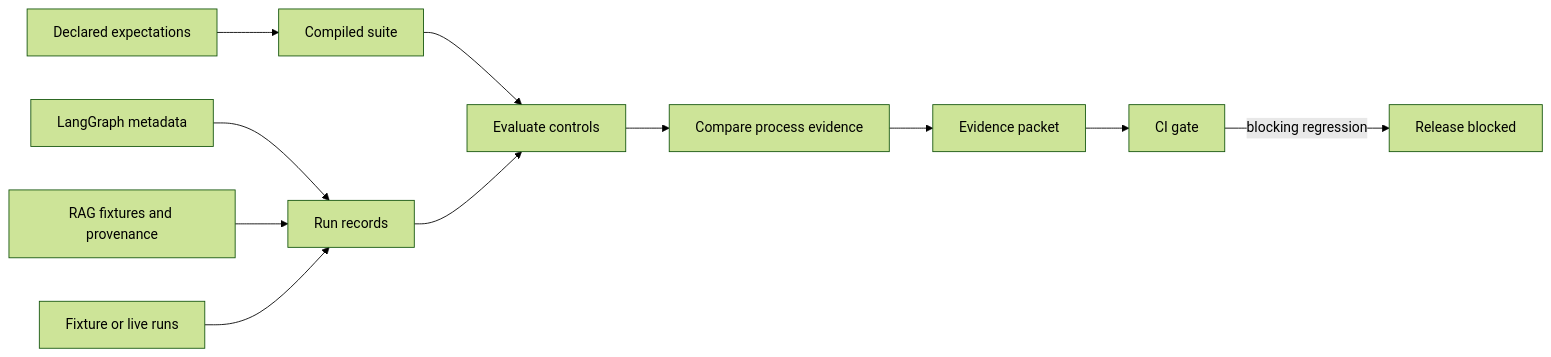
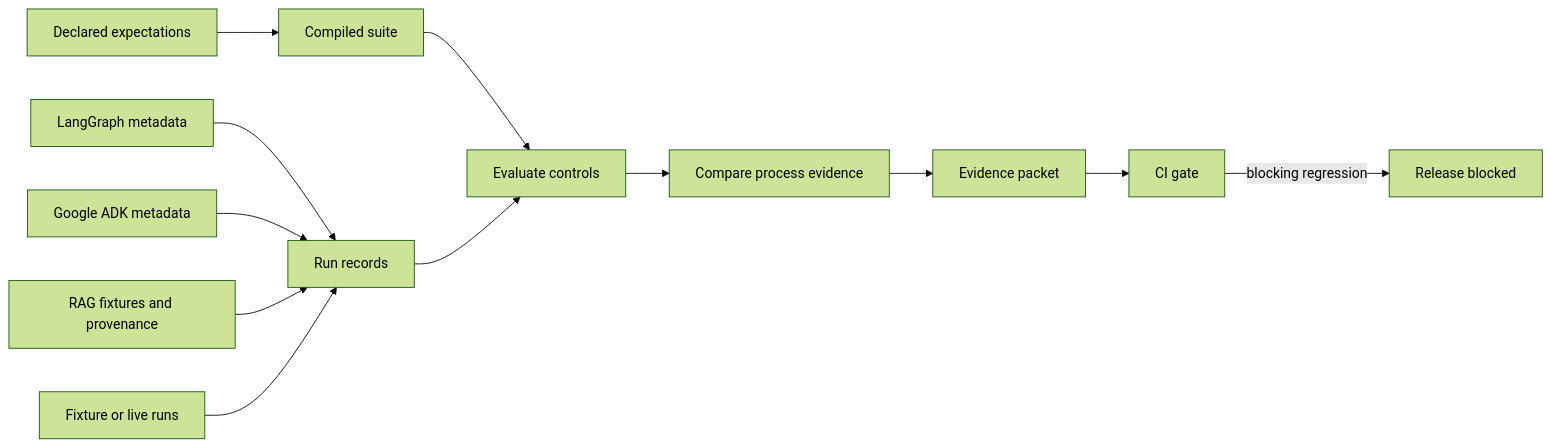
One commit to acblabs/agent-assure changed the second of 2 diagrams in README.md. Above: the diagram before and after it, drawn with Mermaid (forest theme). The commit also changed other lines of this file and 24 other files, not shown here.

Commit message:
Implement Google ADK adapter

````diff
--- a/README.md
+++ b/README.md
@@ -419,13 +474,14 @@
 ```mermaid
 flowchart LR
   A[Declared expectations] --> B[Compiled suite]
   LG[LangGraph metadata] --> R[Run records]
+  ADK[Google ADK metadata] --> R
   RAG[RAG fixtures and provenance] --> R
   F[Fixture or live runs] --> R
   B --> E[Evaluate controls]
   R --> E
   E --> C[Compare process evidence]
   C --> P[Evidence packet]
   P --> G[CI gate]
   G -->|blocking regression| X[Release blocked]
 ```
````
